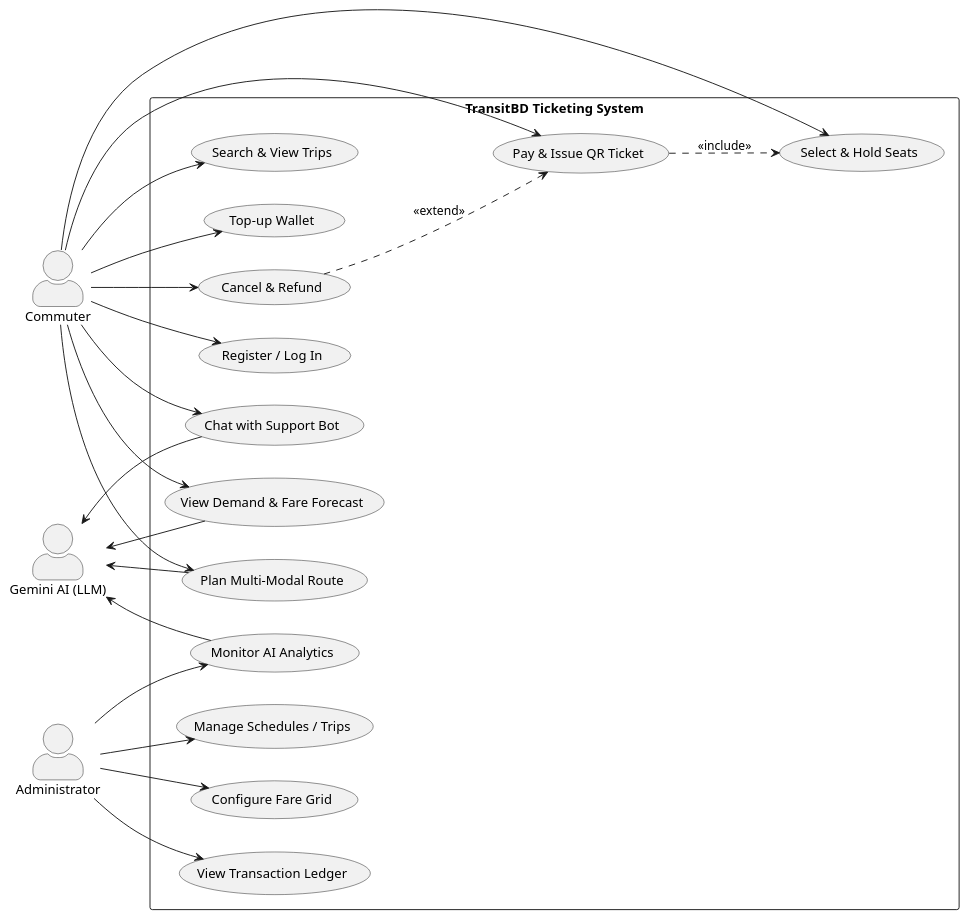
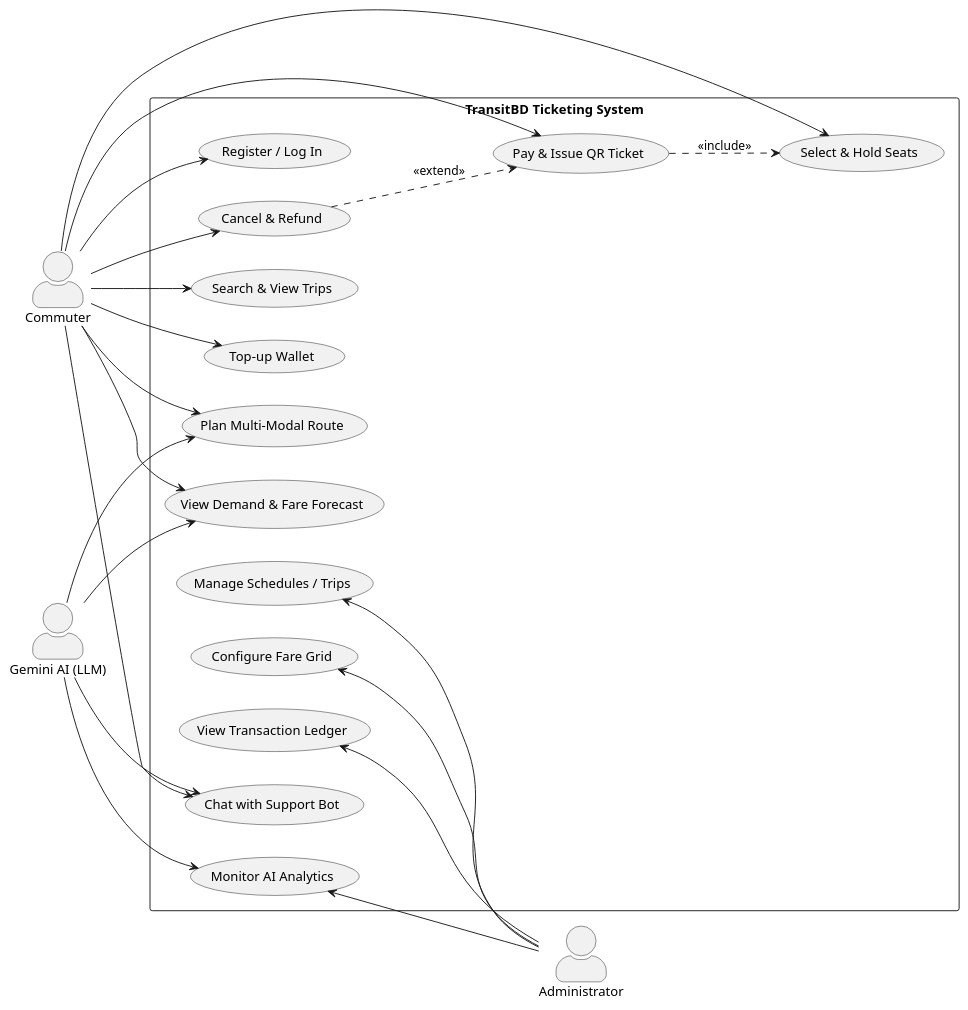
The diagram in docs/use-case.puml (Munem3/transit-ticketing-system), drawn with PlantUML before and after one commit. The commit also changed 1 other file, not shown here.

Commit message:
Fix use-case diagram: flip Gemini arrows, move Admin to right side

```diff
--- a/docs/use-case.puml
+++ b/docs/use-case.puml
@@ -1,55 +1,55 @@
 @startuml TransitBD-UseCase
 ' Render at https://www.plantuml.com/plantuml  (or the VS Code PlantUML extension)
 left to right direction
 skinparam packageStyle rectangle
 skinparam actorStyle awesome
 skinparam shadowing false
 
 actor "Commuter" as U
 actor "Administrator" as A
 actor "Gemini AI (LLM)" as G
 
 rectangle "TransitBD Ticketing System" {
   usecase "Register / Log In" as UC1
   usecase "Search & View Trips" as UC2
   usecase "Select & Hold Seats" as UC3
   usecase "Pay & Issue QR Ticket" as UC4
   usecase "Top-up Wallet" as UC5
   usecase "Cancel & Refund" as UC6
   usecase "Chat with Support Bot" as UC7
   usecase "Plan Multi-Modal Route" as UC8
   usecase "View Demand & Fare Forecast" as UC9
 
   usecase "Manage Schedules / Trips" as UC10
   usecase "Configure Fare Grid" as UC11
   usecase "View Transaction Ledger" as UC12
   usecase "Monitor AI Analytics" as UC13
 }
 
-' Commuter
+' Commuter (left side)
 U --> UC1
 U --> UC2
 U --> UC3
 U --> UC4
 U --> UC5
 U --> UC6
 U --> UC7
 U --> UC8
 U --> UC9
 
 ' Payment / hold relationships
 UC4 ..> UC3 : <<include>>
 UC6 ..> UC4 : <<extend>>
 
-' Administrator
-A --> UC10
-A --> UC11
-A --> UC12
-A --> UC13
+' Administrator (right side) — arrow points from admin into the use cases
+UC10 <-- A
+UC11 <-- A
+UC12 <-- A
+UC13 <-- A
 
-' AI provider
-G <-- UC7
-G <-- UC8
-G <-- UC9
-G <-- UC13
+' Gemini AI provides / powers the AI use cases (arrow points into the use cases)
+G --> UC7
+G --> UC8
+G --> UC9
+G --> UC13
 @enduml
```
